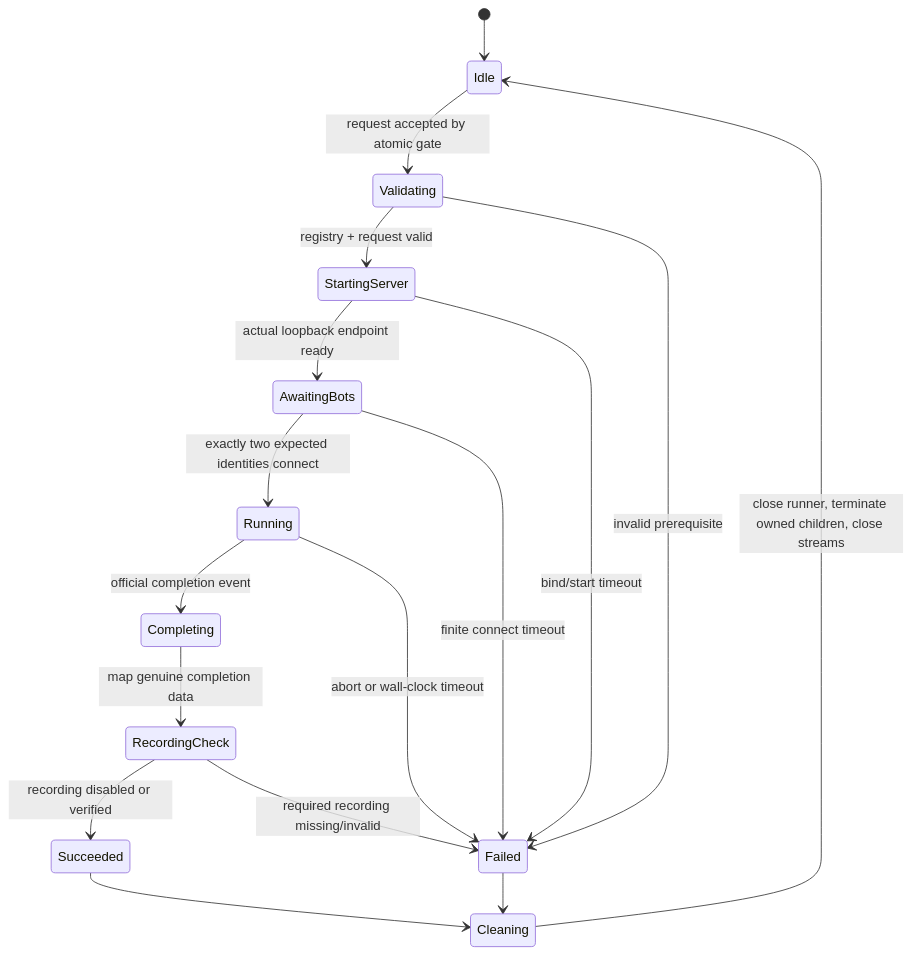
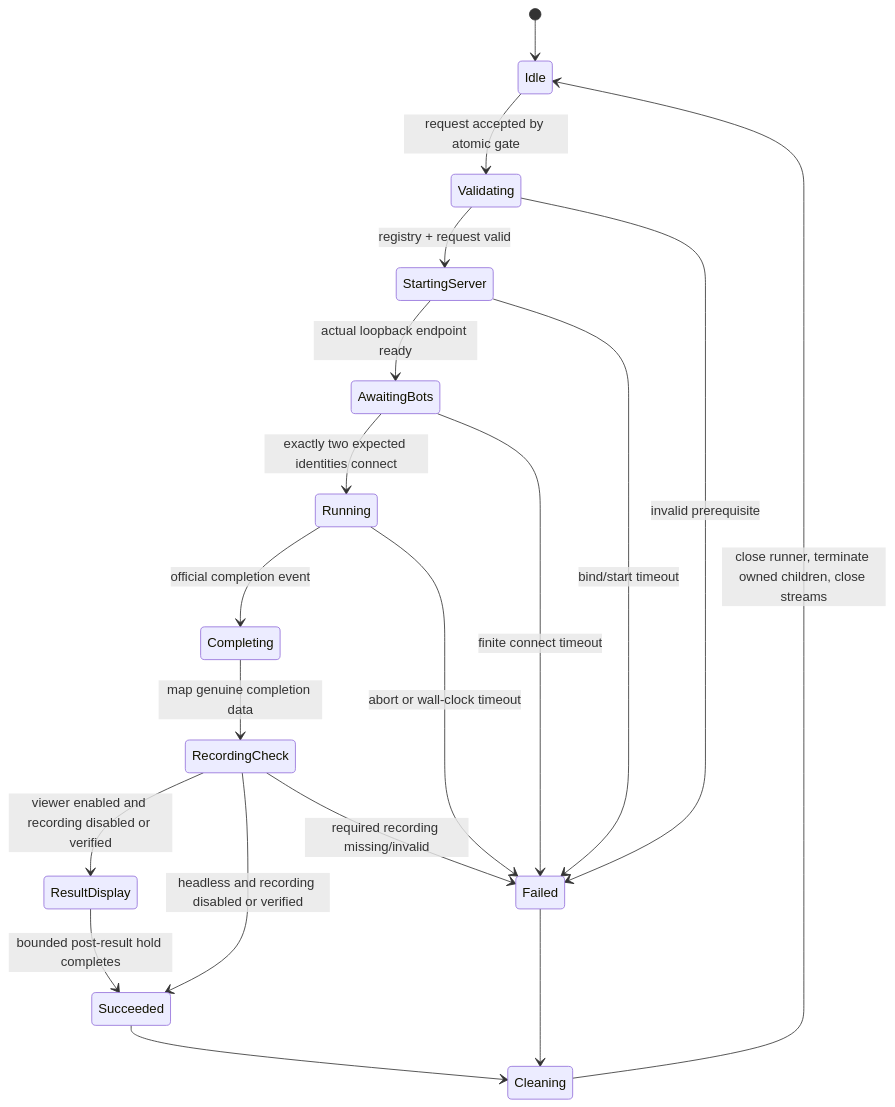
One commit to mathisen99/kiro-mcp-challange changed the third of 3 diagrams in .kiro/specs/kiro-royale/design.md. Above: the diagram before and after it, drawn with Mermaid. The commit also changed other lines of this file and 8 other files, not shown here.

````diff
--- a/.kiro/specs/kiro-royale/design.md
+++ b/.kiro/specs/kiro-royale/design.md
@@ -103,19 +103,21 @@
 ```mermaid
 stateDiagram-v2
     [*] --> Idle
     Idle --> Validating: request accepted by atomic gate
     Validating --> StartingServer: registry + request valid
     Validating --> Failed: invalid prerequisite
     StartingServer --> AwaitingBots: actual loopback endpoint ready
     StartingServer --> Failed: bind/start timeout
     AwaitingBots --> Running: exactly two expected identities connect
     AwaitingBots --> Failed: finite connect timeout
     Running --> Completing: official completion event
     Running --> Failed: abort or wall-clock timeout
     Completing --> RecordingCheck: map genuine completion data
-    RecordingCheck --> Succeeded: recording disabled or verified
+    RecordingCheck --> ResultDisplay: viewer enabled and recording disabled or verified
+    RecordingCheck --> Succeeded: headless and recording disabled or verified
     RecordingCheck --> Failed: required recording missing/invalid
+    ResultDisplay --> Succeeded: bounded post-result hold completes
     Succeeded --> Cleaning
     Failed --> Cleaning
     Cleaning --> Idle: close runner, terminate owned children, close streams
 ```
````
